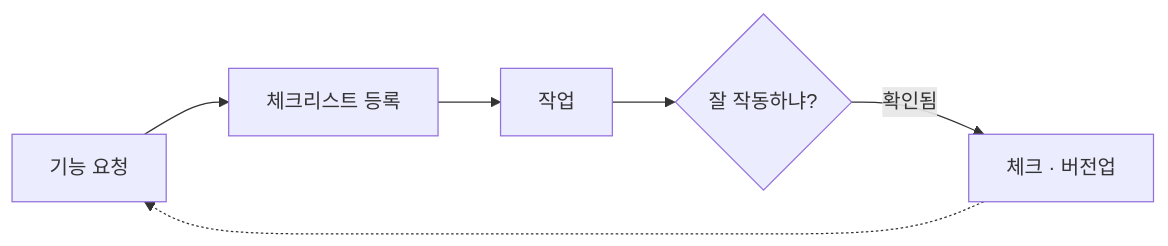
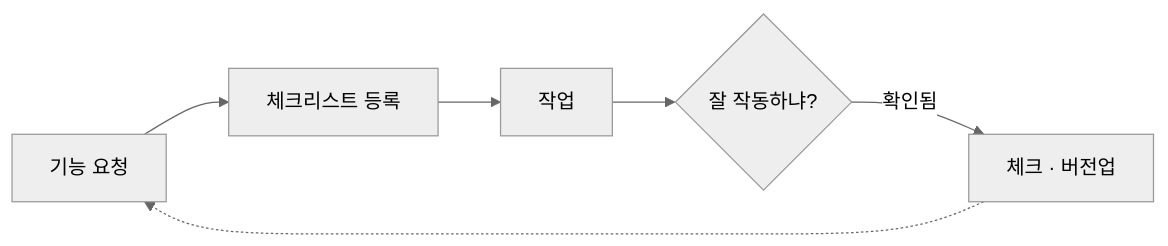
Before and after one commit to johnprk-AI/skills: the fourth of 6 diagrams in README.md, drawn with Mermaid. The commit also changed other lines of this file, not shown here.

First line of the commit message:
핵심 흐름 다이어그램을 회색(neutral) 테마로 지정

````diff
--- a/README.md
+++ b/README.md
@@ -65,8 +68,9 @@
 ```mermaid
+%%{init: {"theme": "neutral"}}%%
 flowchart LR
   A[기능 요청] --> B[체크리스트 등록]
   B --> C[작업]
   C --> D{잘 작동하냐?}
   D -- 확인됨 --> E[체크 · 버전업]
   E -.-> A
 ```
````
